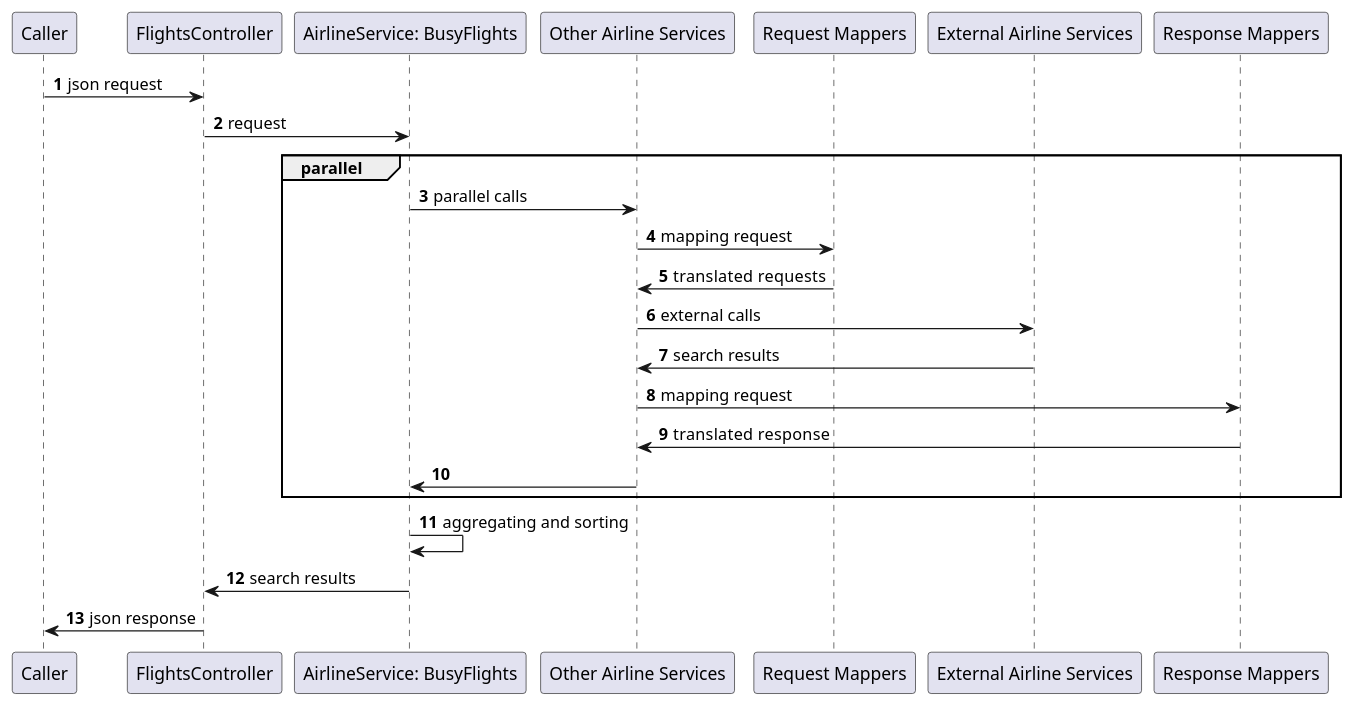
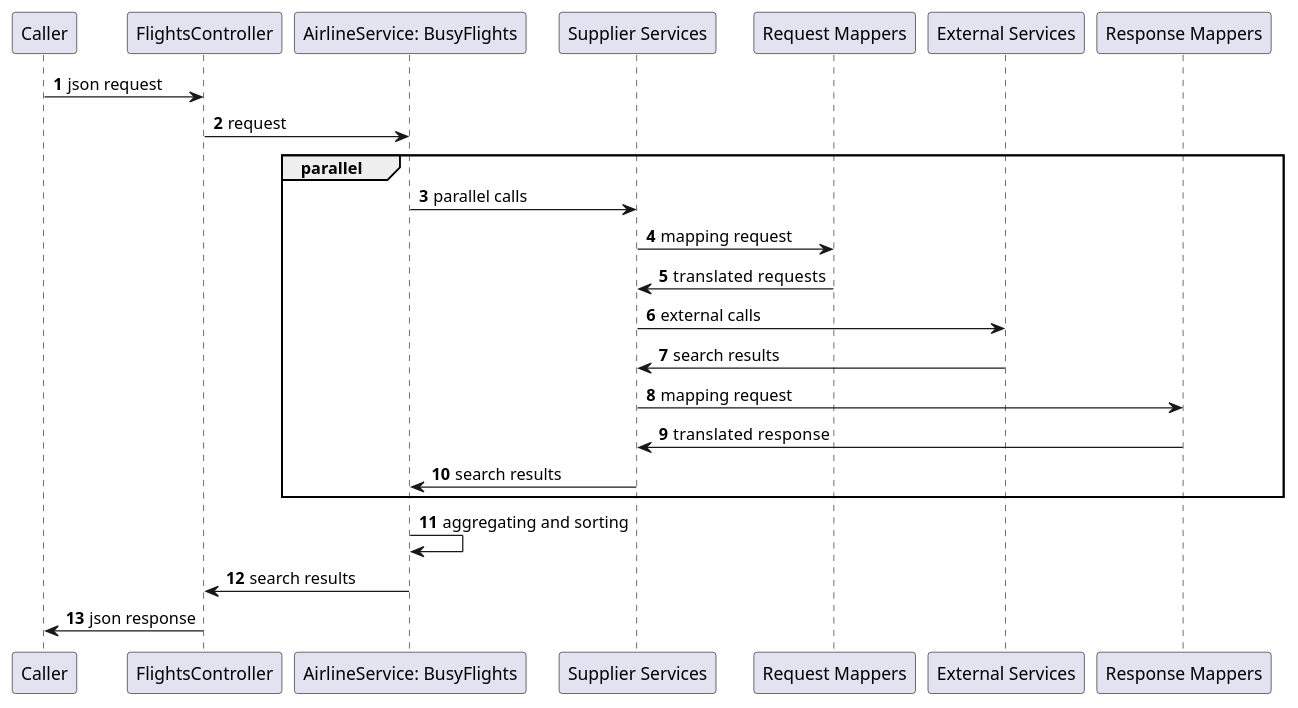
One commit to galileoorion/flights changed the diagram in sequence.puml. Above: the diagram before and after it, drawn with PlantUML. The commit also changed 7 other files, not shown here.

Commit message:
Update diagrams

```diff
--- a/sequence.puml
+++ b/sequence.puml
@@ -1,20 +1,20 @@
 @startuml
 autonumber
 
 Caller -> FlightsController: json request
 FlightsController -> "AirlineService: BusyFlights": request
 group parallel
-"AirlineService: BusyFlights" -> "Other Airline Services": parallel calls
-"Other Airline Services" -> "Request Mappers": mapping request
-"Other Airline Services" <- "Request Mappers": translated  requests
-"Other Airline Services" -> "External Airline Services": external calls
-"Other Airline Services" <- "External Airline Services": search results
-"Other Airline Services" -> "Response Mappers": mapping request
-"Other Airline Services" <- "Response Mappers": translated  response
-"Other Airline Services" -> "AirlineService: BusyFlights"
+"AirlineService: BusyFlights" -> "Supplier Services": parallel calls
+"Supplier Services" -> "Request Mappers": mapping request
+"Supplier Services" <- "Request Mappers": translated  requests
+"Supplier Services" -> "External Services": external calls
+"Supplier Services" <- "External Services": search results
+"Supplier Services" -> "Response Mappers": mapping request
+"Supplier Services" <- "Response Mappers": translated  response
+"Supplier Services" -> "AirlineService: BusyFlights": search results
 end group
 "AirlineService: BusyFlights" -> "AirlineService: BusyFlights": aggregating and sorting
 FlightsController <- "AirlineService: BusyFlights": search results
 Caller <- FlightsController: json response
 
 @enduml
```
